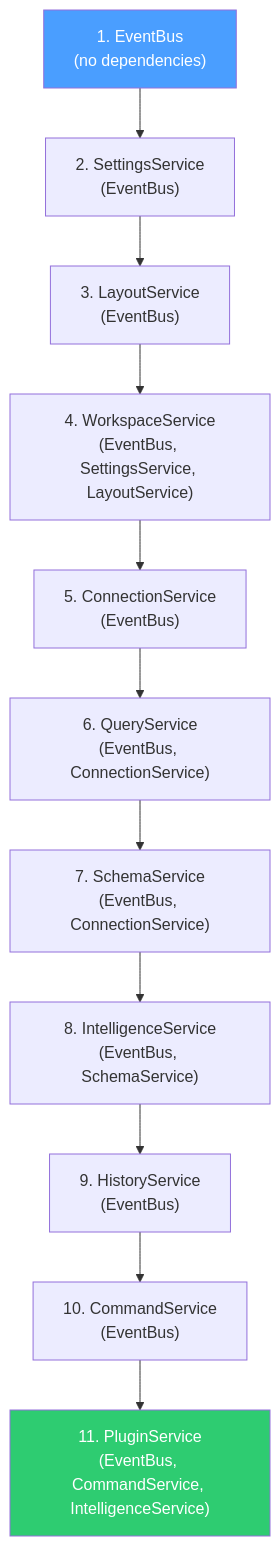
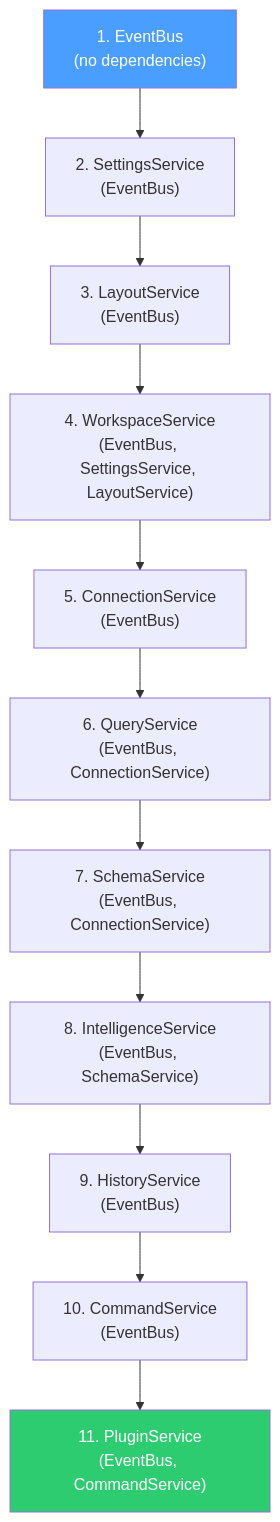
The second of 2 diagrams in docs/05-services.md (mohamad-kanso/Tempr), drawn with Mermaid before and after one commit. The commit also changed other lines of this file and 46 other files, not shown here.

````diff
--- a/docs/05-services.md
+++ b/docs/05-services.md
@@ -518,16 +535,16 @@
 ```mermaid
 flowchart TD
     A["1. EventBus\n(no dependencies)"] --> B["2. SettingsService\n(EventBus)"]
     B --> C["3. LayoutService\n(EventBus)"]
     C --> D["4. WorkspaceService\n(EventBus, SettingsService, LayoutService)"]
     D --> E["5. ConnectionService\n(EventBus)"]
     E --> F["6. QueryService\n(EventBus, ConnectionService)"]
     F --> G["7. SchemaService\n(EventBus, ConnectionService)"]
     G --> H["8. IntelligenceService\n(EventBus, SchemaService)"]
     H --> I["9. HistoryService\n(EventBus)"]
     I --> J["10. CommandService\n(EventBus)"]
-    J --> K["11. PluginService\n(EventBus, CommandService, IntelligenceService)"]
+    J --> K["11. PluginService\n(EventBus, CommandService)"]
 
     style A fill:#4a9eff,color:#fff
     style K fill:#2ecc71,color:#fff
 ```
````
